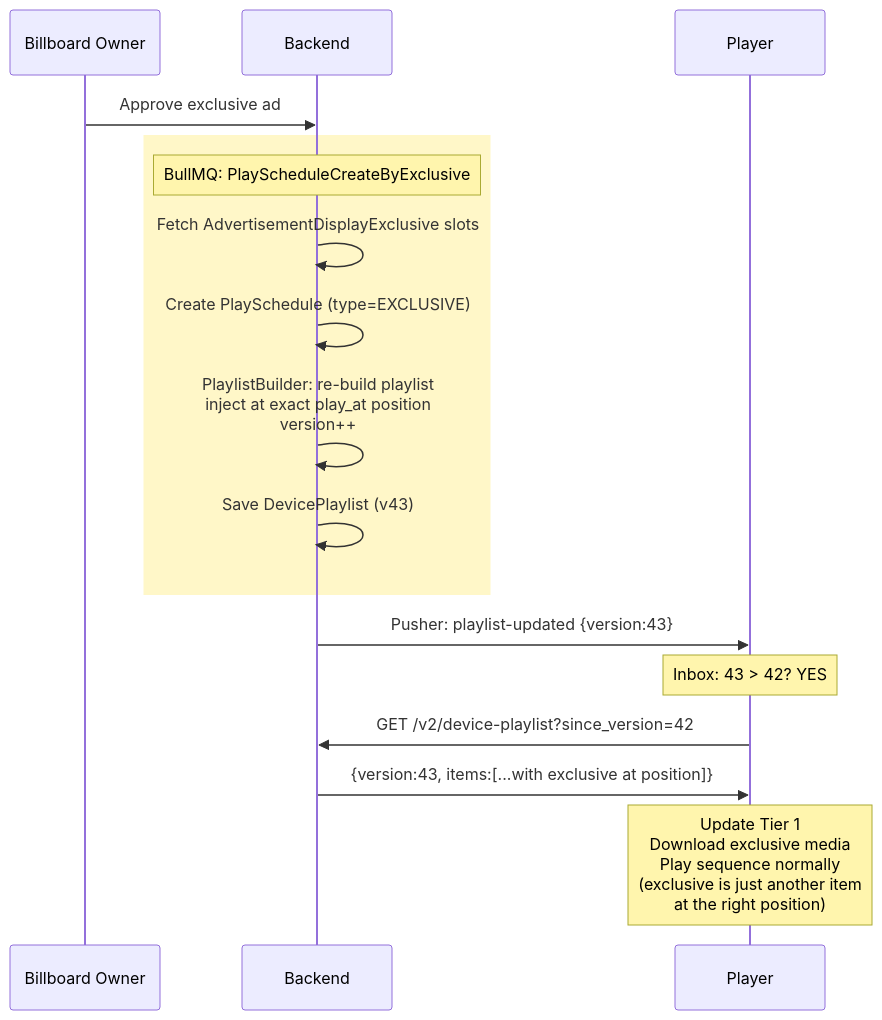
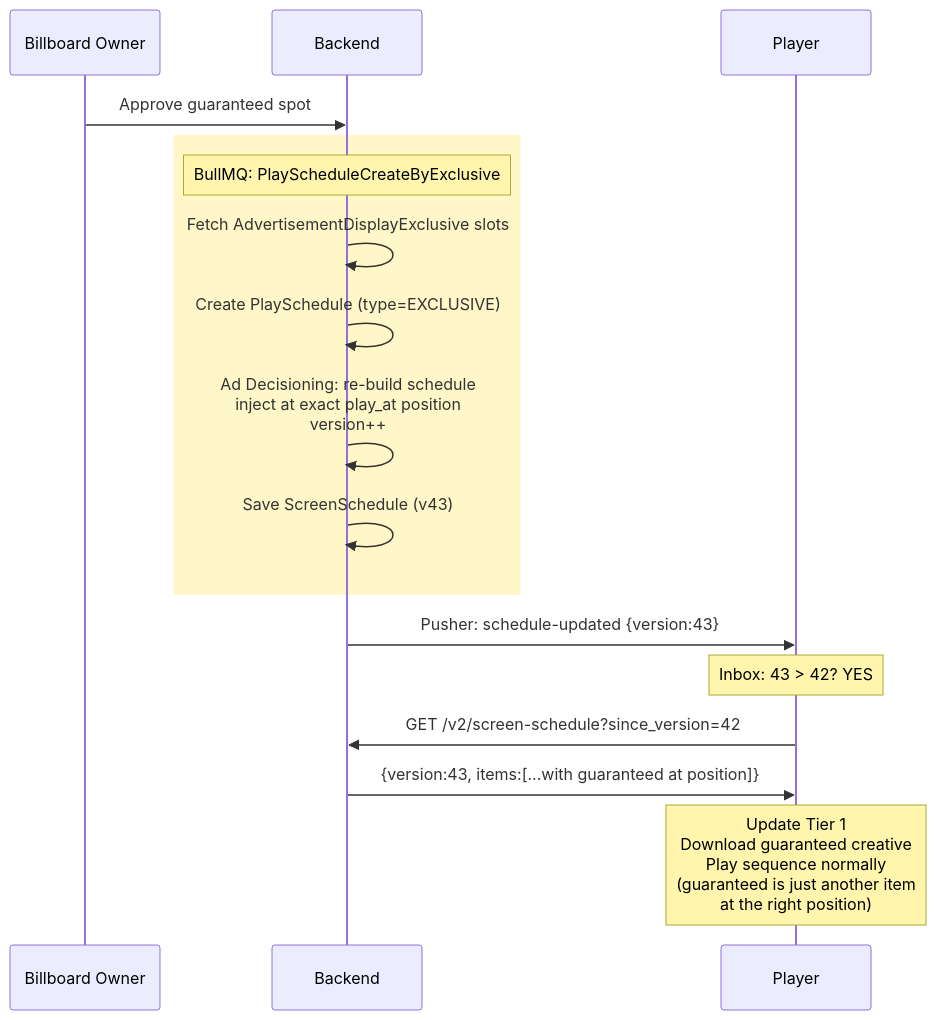
Before and after one commit to wasikarn/jira-generator: the diagram in scripts/diagrams/05-3-flow-exclusive.mmd, drawn with Mermaid. The commit also changed 6 other files, not shown here.

First line of the commit message:
feat: align architecture docs with DOOH industry terminology + add pDOOH roadmap

```diff
--- a/scripts/diagrams/05-3-flow-exclusive.mmd
+++ b/scripts/diagrams/05-3-flow-exclusive.mmd
@@ -1,17 +1,17 @@
 sequenceDiagram
     participant OW as Billboard Owner
     participant BE as Backend
     participant PL as Player
-    OW->>BE: Approve exclusive ad
+    OW->>BE: Approve guaranteed spot
     rect rgb(255, 247, 200)
         Note over BE: BullMQ: PlayScheduleCreateByExclusive
         BE->>BE: Fetch AdvertisementDisplayExclusive slots
         BE->>BE: Create PlaySchedule (type=EXCLUSIVE)
-        BE->>BE: PlaylistBuilder: re-build playlist<br/>inject at exact play_at position<br/>version++
-        BE->>BE: Save DevicePlaylist (v43)
+        BE->>BE: Ad Decisioning: re-build schedule<br/>inject at exact play_at position<br/>version++
+        BE->>BE: Save ScreenSchedule (v43)
     end
-    BE->>PL: Pusher: playlist-updated {version:43}
+    BE->>PL: Pusher: schedule-updated {version:43}
     Note over PL: Inbox: 43 > 42? YES
-    PL->>BE: GET /v2/device-playlist?since_version=42
-    BE->>PL: {version:43, items:[...with exclusive at position]}
-    Note over PL: Update Tier 1<br/>Download exclusive media<br/>Play sequence normally<br/>(exclusive is just another item<br/>at the right position)
+    PL->>BE: GET /v2/screen-schedule?since_version=42
+    BE->>PL: {version:43, items:[...with guaranteed at position]}
+    Note over PL: Update Tier 1<br/>Download guaranteed creative<br/>Play sequence normally<br/>(guaranteed is just another item<br/>at the right position)
```
